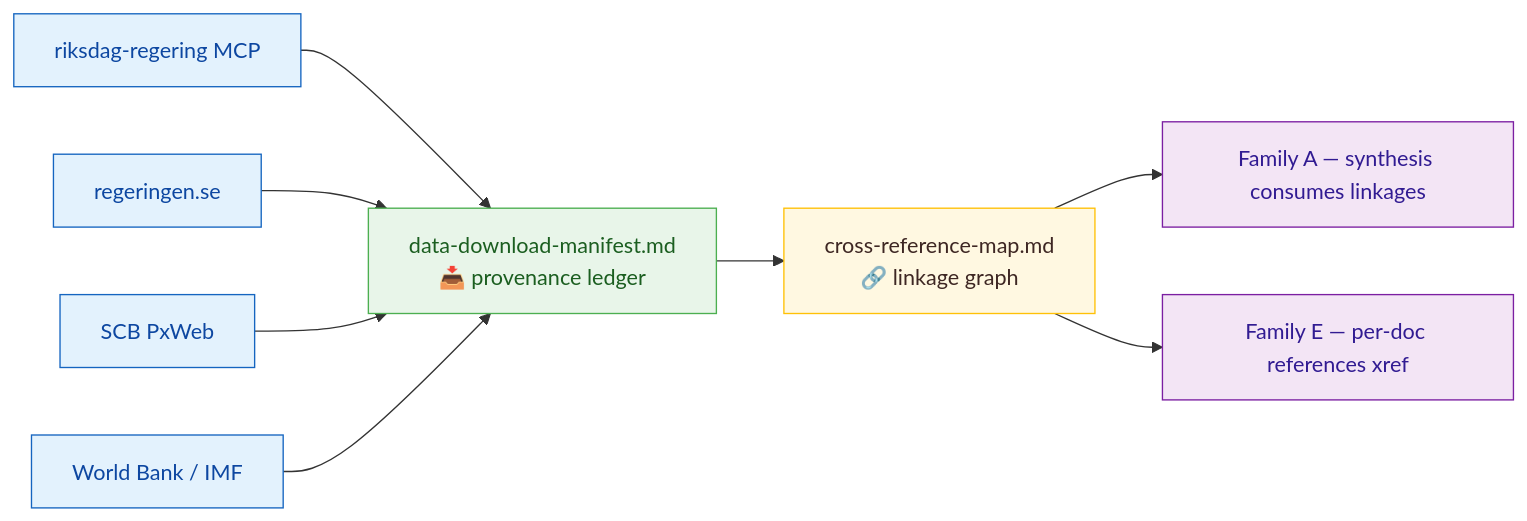
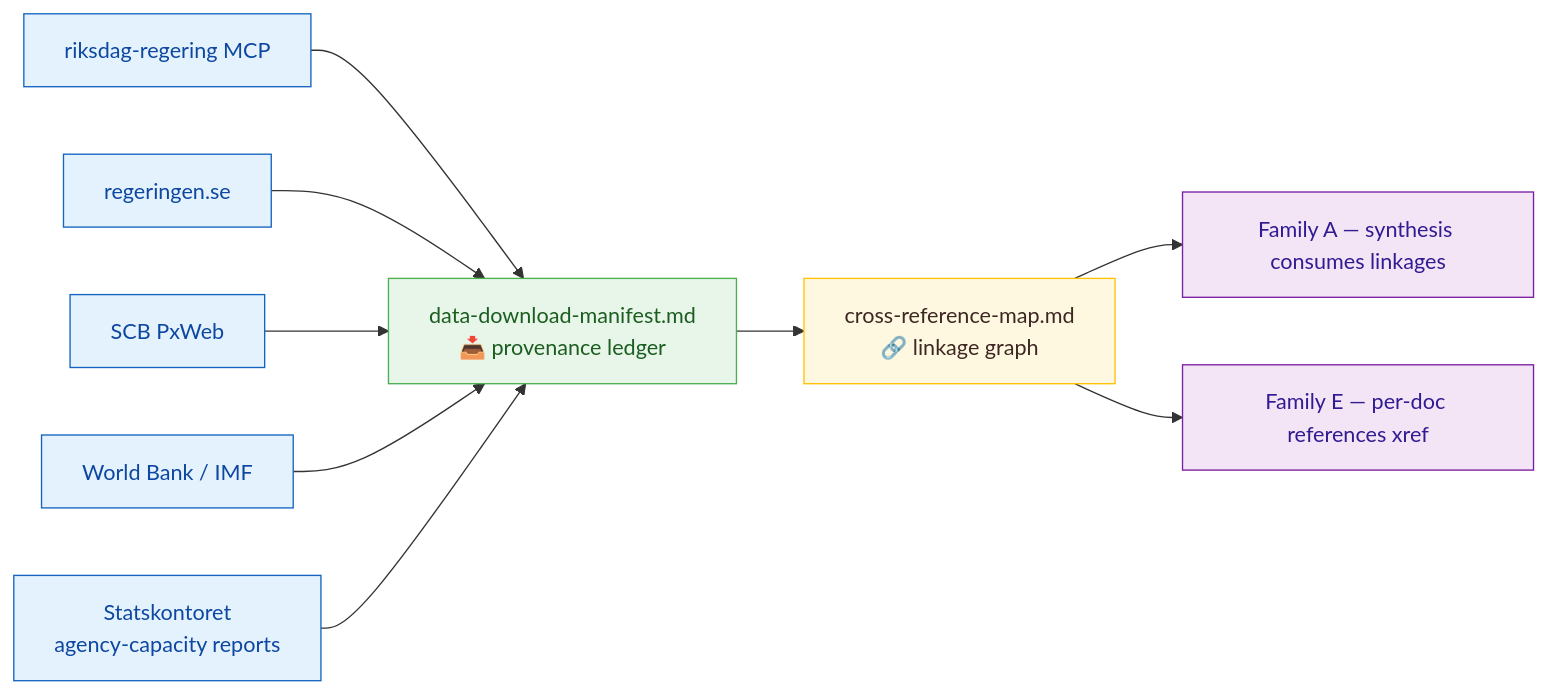
One commit to Hack23/riksdagsmonitor changed the first of 4 diagrams in analysis/methodologies/structural-metadata-methodology.md. Above: the diagram before and after it, drawn with Mermaid. The commit also changed other lines of this file and 41 other files, not shown here.

````diff
--- a/analysis/methodologies/structural-metadata-methodology.md
+++ b/analysis/methodologies/structural-metadata-methodology.md
@@ -48,23 +48,25 @@
 ```mermaid
 flowchart LR
     classDef src fill:#E3F2FD,stroke:#1565C0,color:#0D47A1
     classDef prov fill:#E8F5E9,stroke:#4CAF50,color:#1B5E20
     classDef link fill:#FFF8E1,stroke:#FFC107,color:#3E2723
     classDef out fill:#F3E5F5,stroke:#7B1FA2,color:#311B92
 
     R[riksdag-regering MCP]:::src
     G[regeringen.se]:::src
     S[SCB PxWeb]:::src
     W[World Bank / IMF]:::src
+    ST[Statskontoret<br/>agency-capacity reports]:::src
 
     M[data-download-manifest.md<br/>📥 provenance ledger]:::prov
     X[cross-reference-map.md<br/>🔗 linkage graph]:::link
 
     R --> M
     G --> M
     S --> M
     W --> M
+    ST --> M
     M --> X
     X --> FamilyA[Family A — synthesis consumes linkages]:::out
     X --> FamilyE[Family E — per-doc references xref]:::out
 ```
````
